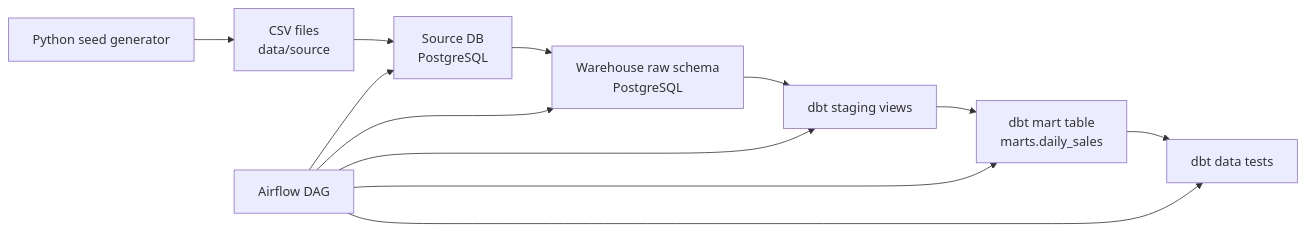
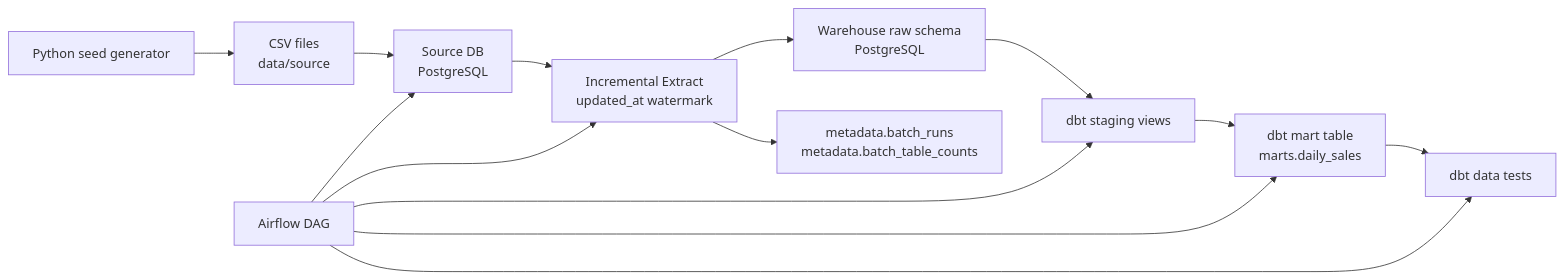
Before and after one commit to dlwogud/ecommerce-batch-data-pipeline: the diagram in README.md, drawn with Mermaid. The commit also changed other lines of this file and 4 other files, not shown here.

Commit message:
Add incremental batch controls

````diff
--- a/README.md
+++ b/README.md
@@ -44,14 +46,16 @@
 ```mermaid
 flowchart LR
     A["Python seed generator"] --> B["CSV files<br/>data/source"]
     B --> C["Source DB<br/>PostgreSQL"]
-    C --> D["Warehouse raw schema<br/>PostgreSQL"]
-    D --> E["dbt staging views"]
-    E --> F["dbt mart table<br/>marts.daily_sales"]
-    F --> G["dbt data tests"]
-    H["Airflow DAG"] --> C
-    H --> D
-    H --> E
-    H --> F
-    H --> G
+    C --> D["Incremental Extract<br/>updated_at watermark"]
+    D --> E["Warehouse raw schema<br/>PostgreSQL"]
+    E --> F["dbt staging views"]
+    F --> G["dbt mart table<br/>marts.daily_sales"]
+    G --> H["dbt data tests"]
+    I["Airflow DAG"] --> C
+    I --> D
+    I --> F
+    I --> G
+    I --> H
+    D --> J["metadata.batch_runs<br/>metadata.batch_table_counts"]
 ```
````
